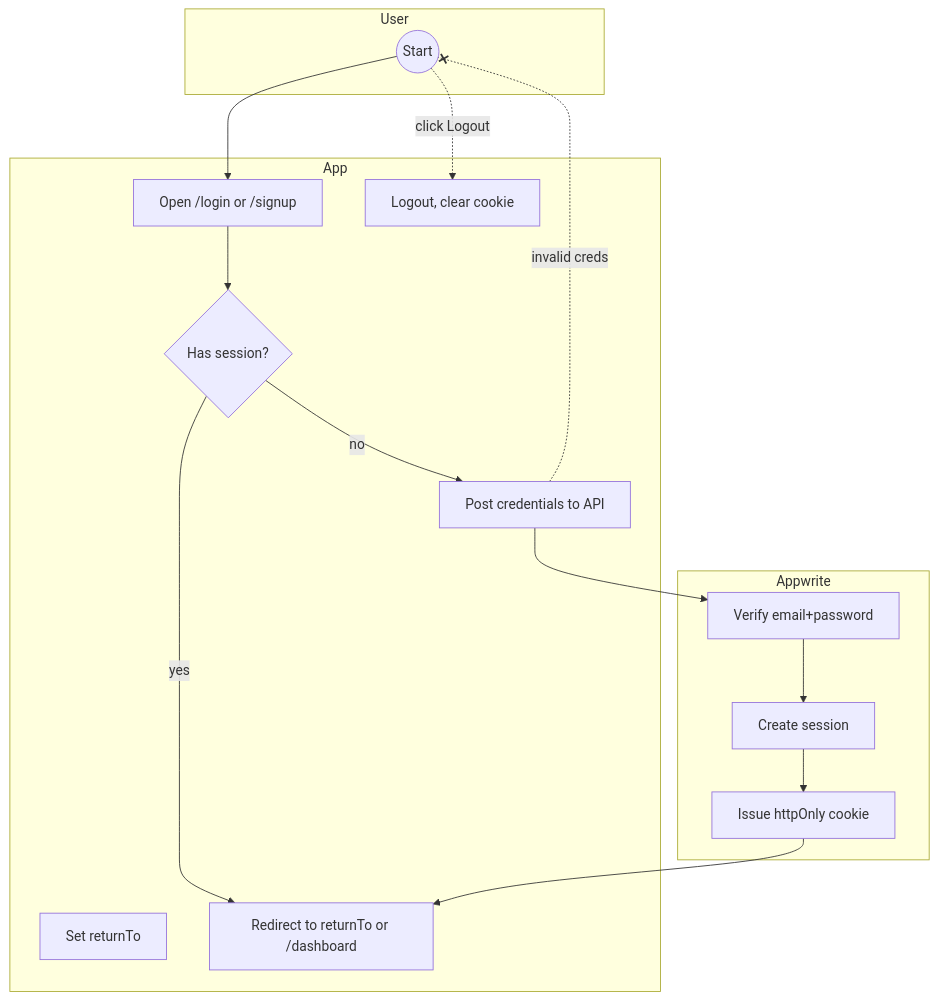
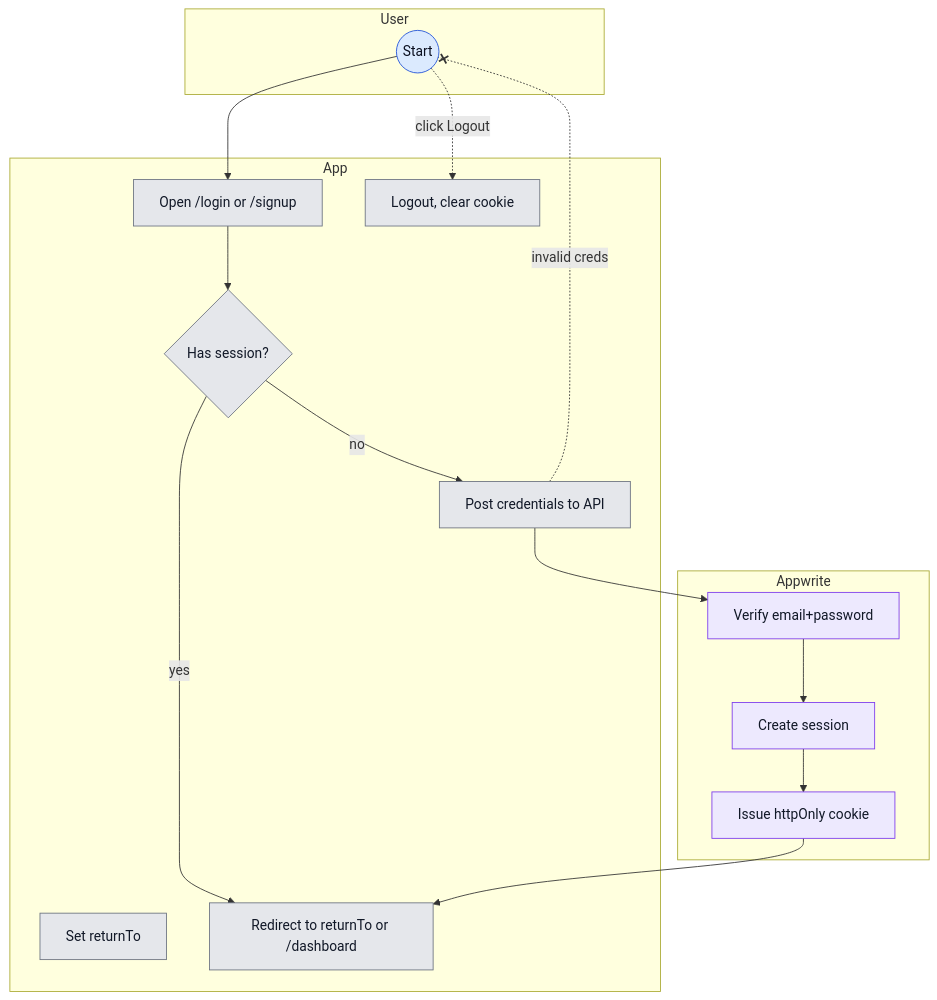
Before and after one commit to kpm34/college-football-fantasy-app: the diagram in docs/diagrams/user-journeys/auth-sign-in-up.md, drawn with Mermaid. The commit also changed 20 other files, not shown here.

````diff
--- a/docs/diagrams/user-journeys/auth-sign-in-up.md
+++ b/docs/diagrams/user-journeys/auth-sign-in-up.md
@@ -7,33 +7,42 @@
 ```mermaid
 flowchart TD
   %% Lanes
   subgraph User
     U0((Start))
   end
   subgraph App
     %% Avoid special shape variants to reduce parser ambiguity
     A1[Open /login or /signup]
     A2{Has session?}
     A3[Post credentials to API]
     A4[Set returnTo]
     A5[Redirect to returnTo or /dashboard]
     A6[Logout, clear cookie]
   end
   subgraph Appwrite
     W1[Verify email+password]
     W2[Create session]
     W3[Issue httpOnly cookie]
   end
 
   U0 --> A1
   A1 --> A2
   A2 -- yes --> A5
   A2 -- no --> A3
   A3 --> W1 --> W2 --> W3 --> A5
 
   %% Errors
   A3 -. invalid creds .-x U0
 
   %% Logout (separate entry)
   U0 -. click Logout .-> A6
+
+  %% Lane colors (match UI legend blues/purples)
+  classDef laneUser fill:#DBEAFE,stroke:#1D4ED8,color:#0B1020
+  classDef laneApp fill:#E5E7EB,stroke:#6B7280,color:#111827
+  classDef laneAppwrite fill:#EDE9FE,stroke:#7C3AED,color:#111827
+
+  class U0 laneUser
+  class A1,A2,A3,A4,A5,A6 laneApp
+  class W1,W2,W3 laneAppwrite
 ```
````
